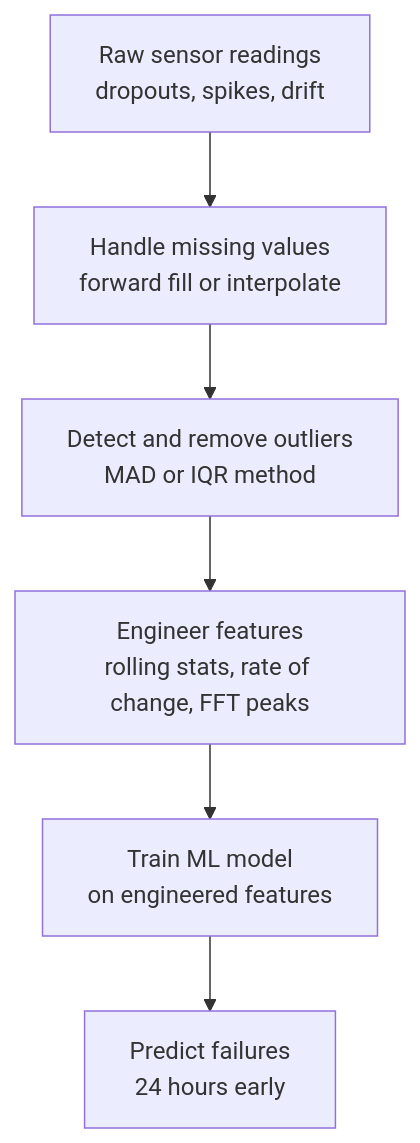
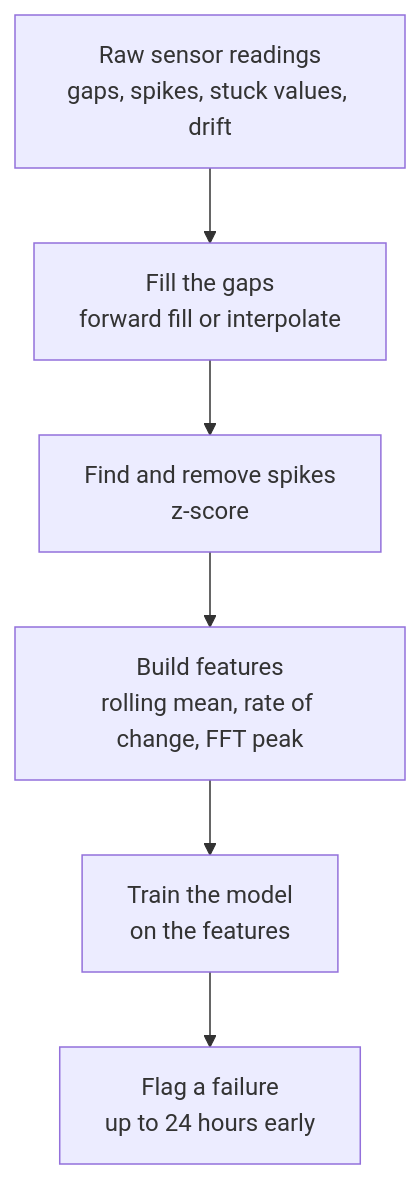
The diagram in working-with-real-sensor-data.mdx (SiliconWit/ml-ai-fundamentals), drawn with Mermaid before and after one commit. The commit also changed other lines of this file and 9 other files, not shown here.

````diff
--- a/working-with-real-sensor-data.mdx
+++ b/working-with-real-sensor-data.mdx
@@ -55,8 +55,8 @@
 ```mermaid
 flowchart TD
-    A[Raw sensor readings\ndropouts, spikes, drift] --> B[Handle missing values\nforward fill or interpolate]
-    B --> C[Detect and remove outliers\nMAD or IQR method]
-    C --> D[Engineer features\nrolling stats, rate of change, FFT peaks]
-    D --> E[Train ML model\non engineered features]
-    E --> F[Predict failures\n24 hours early]
+    A[Raw sensor readings\ngaps, spikes, stuck values, drift] --> B[Fill the gaps\nforward fill or interpolate]
+    B --> C[Find and remove spikes\nz-score]
+    C --> D[Build features\nrolling mean, rate of change, FFT peak]
+    D --> E[Train the model\non the features]
+    E --> F[Flag a failure\nup to 24 hours early]
 ```
````
